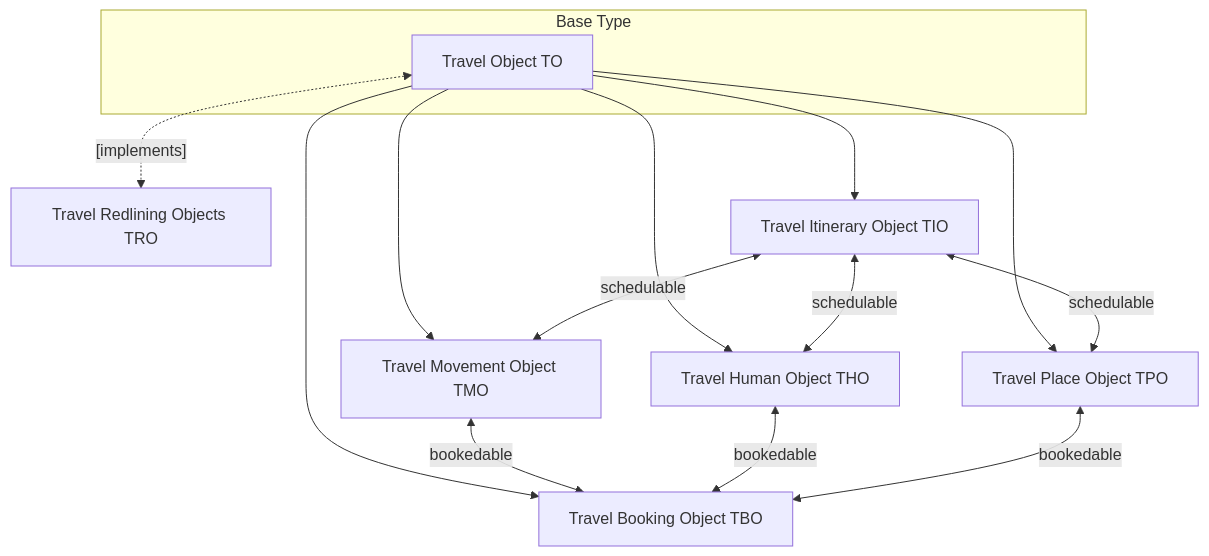
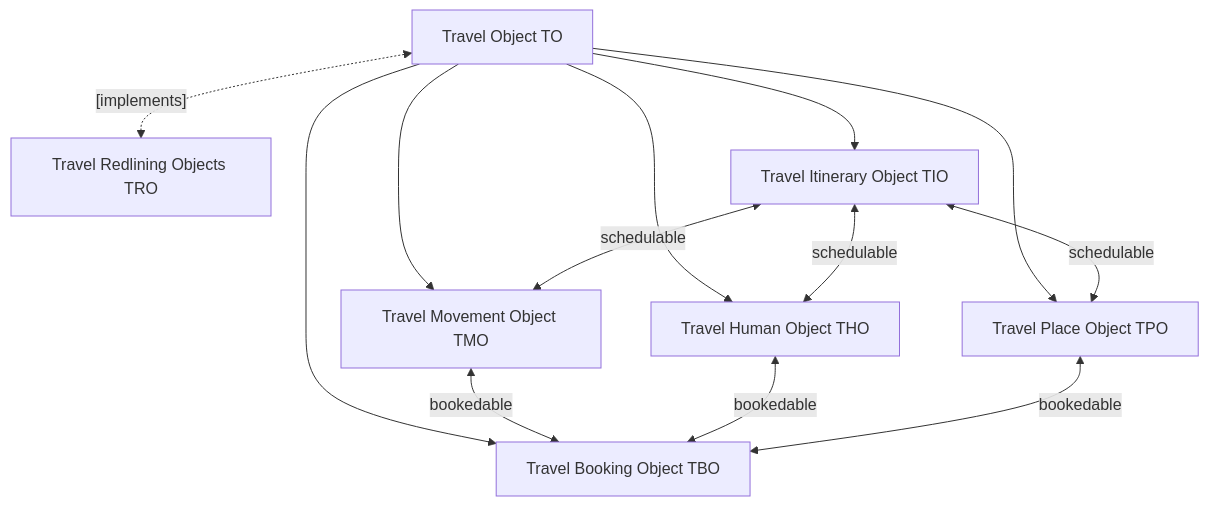
One commit to OSSTRA/TXDM changed the diagram in README.md. Above: the diagram before and after it, drawn with Mermaid.

````diff
--- a/README.md
+++ b/README.md
@@ -38,18 +38,16 @@
 ```mermaid
 graph TD;
-    subgraph Base Type;
     Base[Travel Object TO];
-    end;
     Base<-. [implements] .->TRO[Travel Redlining Objects TRO];
     Base-->TIO[Travel Itinerary Object TIO];
     Base-->TPO[Travel Place Object TPO];
     Base-->TMO[Travel Movement Object TMO];
     Base-->THO[Travel Human Object THO]
     Base-->TBO[Travel Booking Object TBO]
     TIO<-- schedulable-->TPO;
     TIO<-- schedulable-->TMO;
     TIO<-- schedulable-->THO;
     TMO<-- bookedable -->TBO;
     THO<-- bookedable -->TBO;
     TPO<-- bookedable -->TBO;
 ```
````
